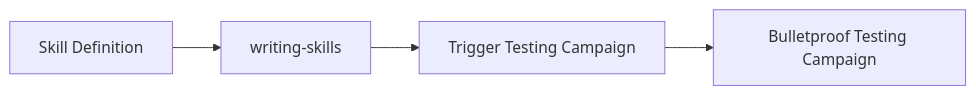
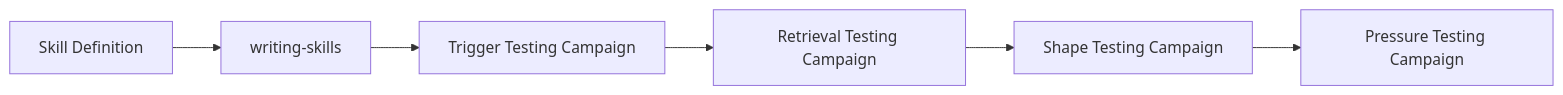
Before and after one commit to dczmer/dangerpowers: the first of 4 diagrams in README.md, drawn with Mermaid. The commit also changed other lines of this file and 7 other files, not shown here.

````diff
--- a/README.md
+++ b/README.md
@@ -35,11 +38,15 @@
 ```mermaid
 flowchart LR
     desc[Skill Definition]
     skills[writing-skills]
     trigger-test[Trigger Testing Campaign]
-    pressure-test[Bulletproof Testing Campaign]
+    retrieval-test[Retrieval Testing Campaign]
+    shape-test[Shape Testing Campaign]
+    pressure-test[Pressure Testing Campaign]
 
     desc --> skills
     skills --> trigger-test
-    trigger-test --> pressure-test
+    trigger-test --> retrieval-test
+    retrieval-test --> shape-test
+    shape-test --> pressure-test
 ```
````
